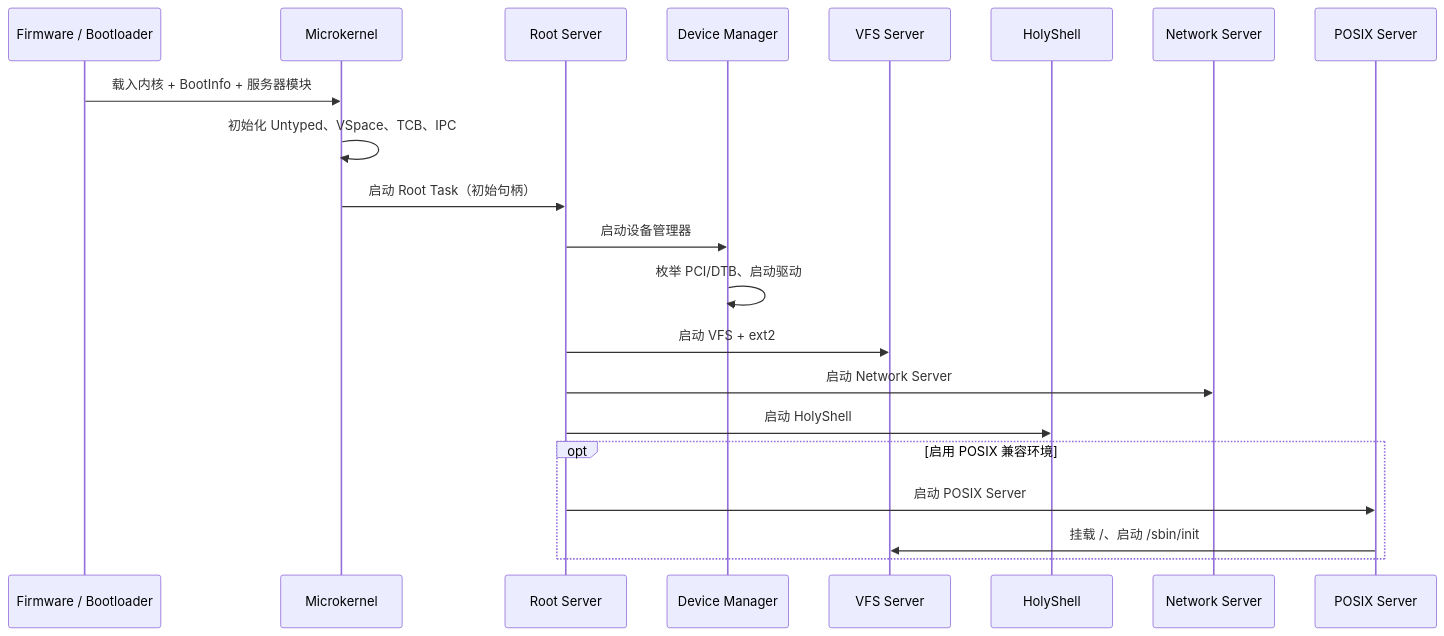
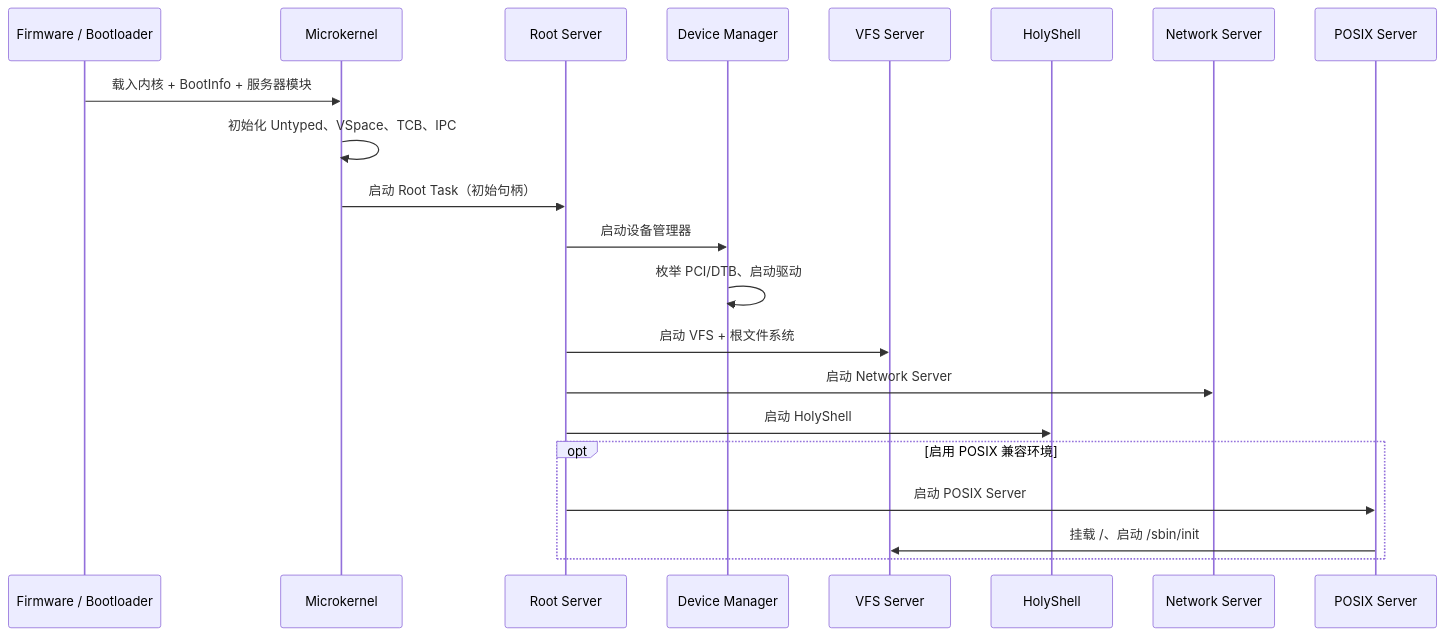
One commit to hongweifei/HolyKernel changed the second of 2 diagrams in docs/platforms.md. Above: the diagram before and after it, drawn with Mermaid. The commit also changed other lines of this file and 10 other files, not shown here.

````diff
--- a/docs/platforms.md
+++ b/docs/platforms.md
@@ -111,23 +111,23 @@
 ```mermaid
 sequenceDiagram
     participant FW as Firmware / Bootloader
     participant K as Microkernel
     participant Root as Root Server
     participant DM as Device Manager
     participant VFS as VFS Server
     participant Shell as HolyShell
     participant Net as Network Server
     participant POSIX as POSIX Server
     FW->>K: 载入内核 + BootInfo + 服务器模块
     K->>K: 初始化 Untyped、VSpace、TCB、IPC
     K->>Root: 启动 Root Task（初始句柄）
     Root->>DM: 启动设备管理器
     DM->>DM: 枚举 PCI/DTB、启动驱动
-    Root->>VFS: 启动 VFS + ext2
+    Root->>VFS: 启动 VFS + 根文件系统
     Root->>Net: 启动 Network Server
     Root->>Shell: 启动 HolyShell
     opt 启用 POSIX 兼容环境
         Root->>POSIX: 启动 POSIX Server
         POSIX->>VFS: 挂载 /、启动 /sbin/init
     end
 ```
````
